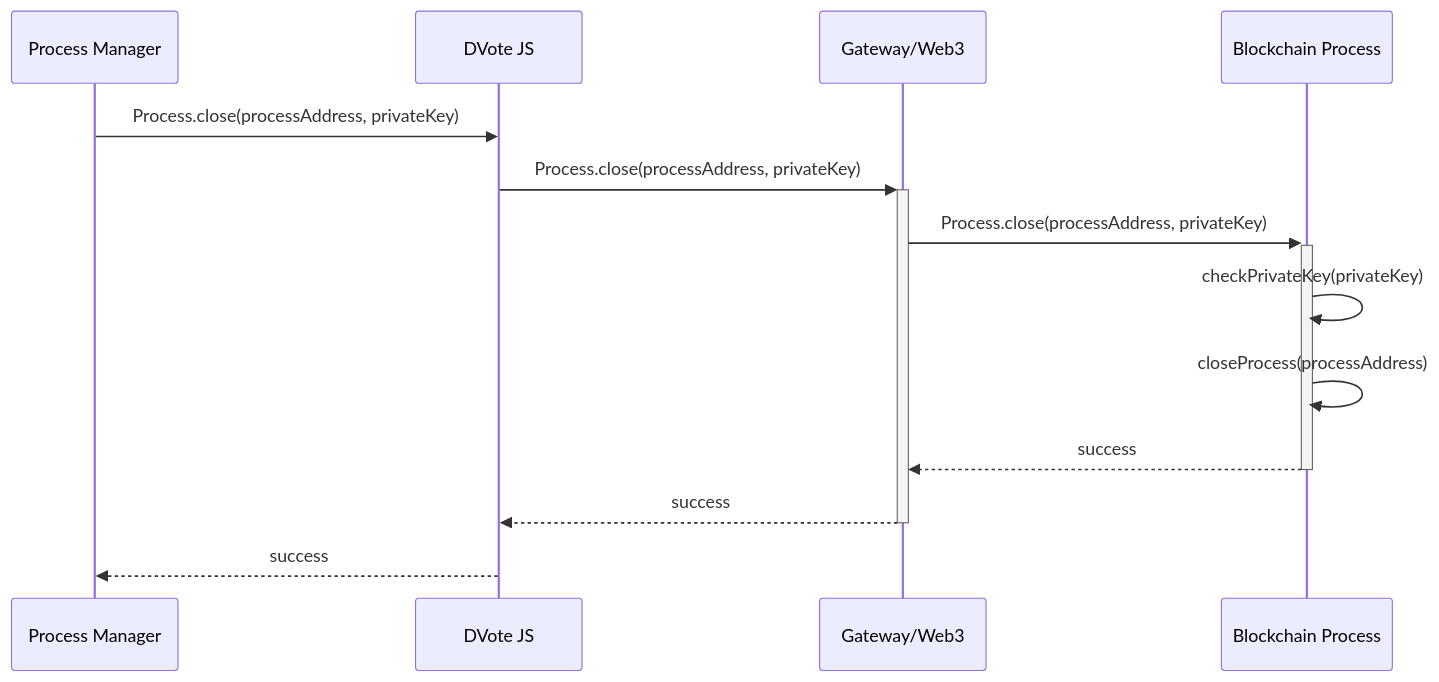
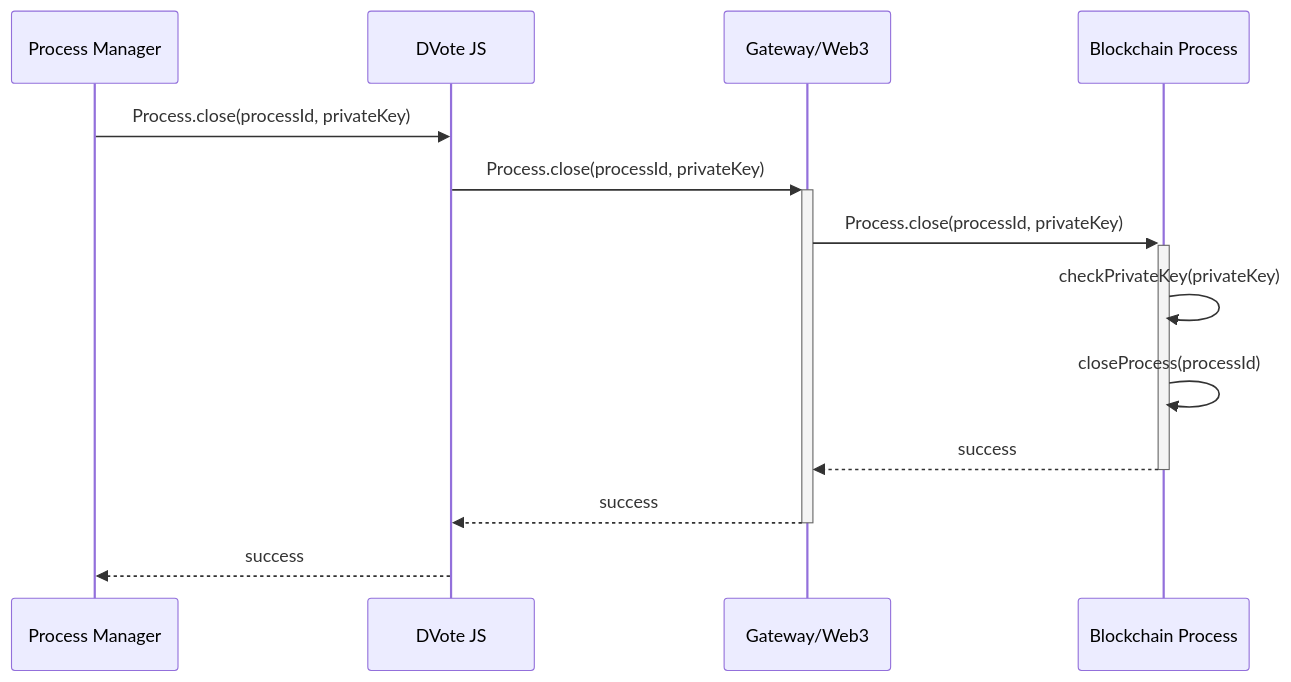
Before and after one commit to vocdoni/docs: diagram 14 of 15 in docs/architecture/sequence-diagrams.md, drawn with Mermaid. The commit also changed other lines of this file and 3 other files, not shown here.

````diff
--- a/docs/architecture/sequence-diagrams.md
+++ b/docs/architecture/sequence-diagrams.md
@@ -659,20 +659,20 @@
 ```mermaid
 sequenceDiagram
     participant PM as Process Manager
     participant DV as DVote JS
     participant GW as Gateway/Web3
     participant BC as Blockchain Process
 
-    PM->>DV: Process.close(processAddress, privateKey)
+    PM->>DV: Process.close(processId, privateKey)
 
-        DV->>+GW: Process.close(processAddress, privateKey)
-        GW->>+BC: Process.close(processAddress, privateKey)
+        DV->>+GW: Process.close(processId, privateKey)
+        GW->>+BC: Process.close(processId, privateKey)
 
             BC->>BC: checkPrivateKey(privateKey)
-            BC->>BC: closeProcess(processAddress)
+            BC->>BC: closeProcess(processId)
 
         BC-->>-GW: success
         GW-->>-DV: success
 
     DV-->>PM: success
 ```
````
